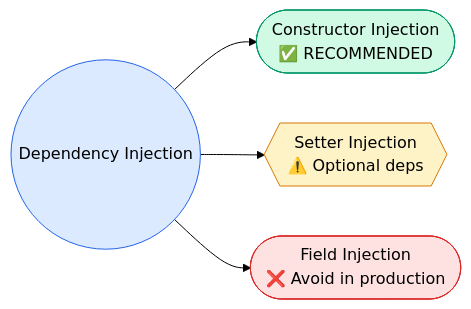
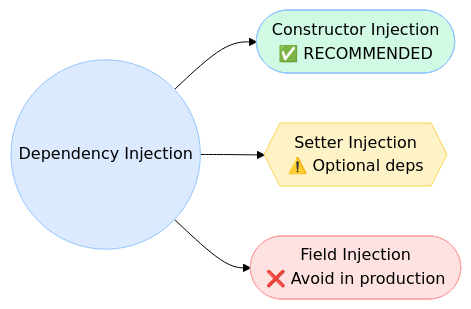
One commit to saivamsikaruturi/vamsilabs-dev-notes-main changed the first of 2 diagrams in docs/springboot/TypesOfDi.md. Above: the diagram before and after it, drawn with Mermaid (forest theme). The commit also changed other lines of this file and 220 other files, not shown here.

First line of the commit message:
Add 50+ new Java/Spring Boot pages, rewrite CSS code blocks to Oracle style, fix all diagram colors

````diff
--- a/docs/springboot/TypesOfDi.md
+++ b/docs/springboot/TypesOfDi.md
@@ -5,11 +5,11 @@
 ```mermaid
 flowchart LR
     A(("Dependency Injection")) --> B(["Constructor Injection<br/>✅ RECOMMENDED"])
     A --> C{{"Setter Injection<br/>⚠️ Optional deps"}}
     A --> D(["Field Injection<br/>❌ Avoid in production"])
 
-    style A fill:#DBEAFE,stroke:#2563EB
-    style B fill:#D1FAE5,stroke:#059669
-    style C fill:#FEF3C7,stroke:#D97706
-    style D fill:#FEE2E2,stroke:#DC2626
+    style A fill:#DBEAFE,stroke:#93C5FD
+    style B fill:#D1FAE5,stroke:#93C5FD
+    style C fill:#FEF3C7,stroke:#FCD34D
+    style D fill:#FEE2E2,stroke:#FCA5A5
 ```
````
